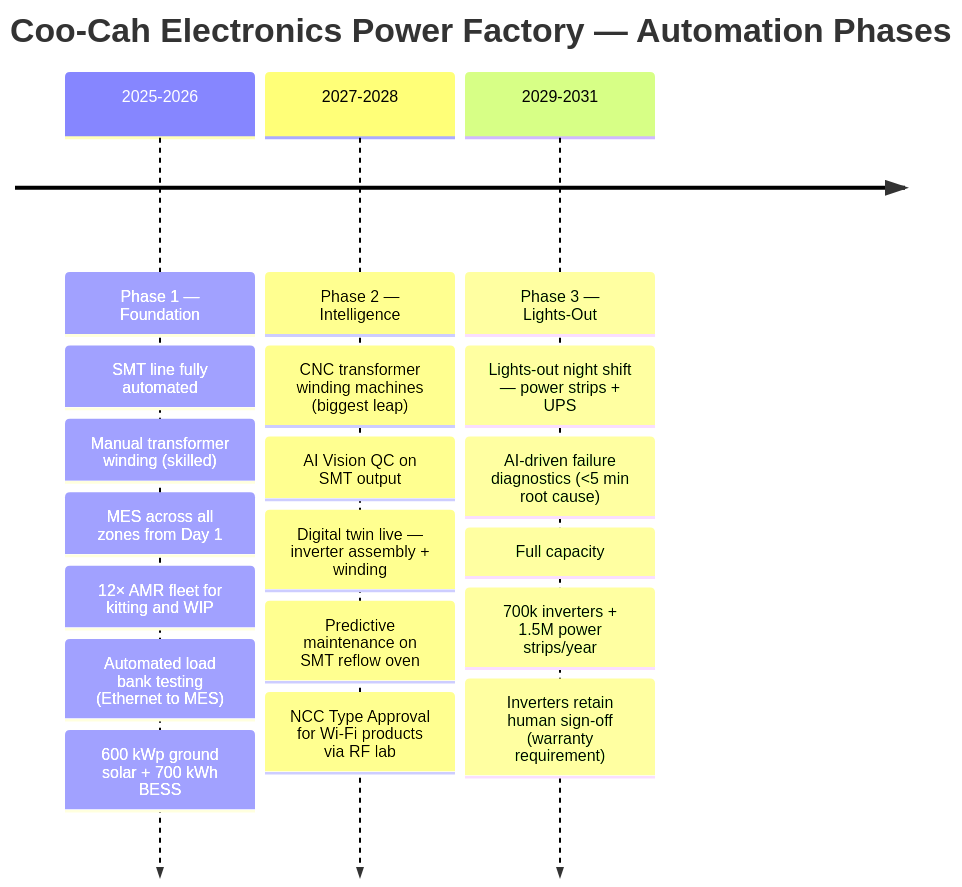
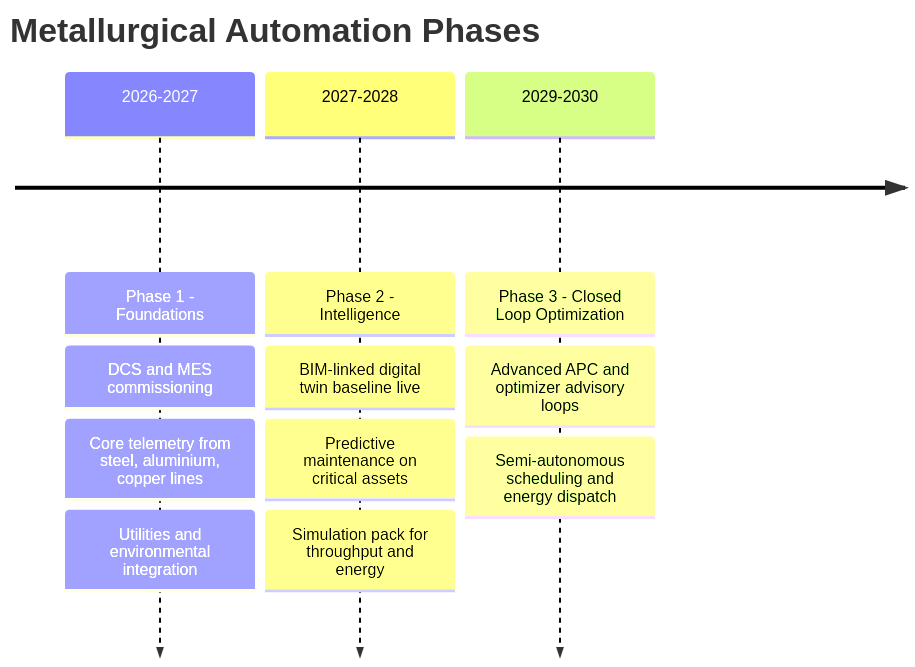
The diagram in docs/automation-roadmap.md (oumar-code/coo-cah-factory-chemicals-metallurgical), drawn with Mermaid before and after one commit. The commit also changed other lines of this file and 9 other files, not shown here.

First line of the commit message:
docs: rebaseline metallurgical docs and add gate3 BIM sensor masters

````diff
--- a/docs/automation-roadmap.md
+++ b/docs/automation-roadmap.md
@@ -21,22 +11,15 @@
 ```mermaid
 timeline
-    title Coo-Cah Electronics Power Factory — Automation Phases
-    2025-2026 : Phase 1 — Foundation
-              : SMT line fully automated
-              : Manual transformer winding (skilled)
-              : MES across all zones from Day 1
-              : 12× AMR fleet for kitting and WIP
-              : Automated load bank testing (Ethernet to MES)
-              : 600 kWp ground solar + 700 kWh BESS
-    2027-2028 : Phase 2 — Intelligence
-              : CNC transformer winding machines (biggest leap)
-              : AI Vision QC on SMT output
-              : Digital twin live — inverter assembly + winding
-              : Predictive maintenance on SMT reflow oven
-              : NCC Type Approval for Wi-Fi products via RF lab
-    2029-2031 : Phase 3 — Lights-Out
-              : Lights-out night shift — power strips + UPS
-              : AI-driven failure diagnostics (<5 min root cause)
-              : Full capacity: 700k inverters + 1.5M power strips/year
-              : Inverters retain human sign-off (warranty requirement)
+  title Metallurgical Automation Phases
+  2026-2027 : Phase 1 - Foundations
+            : DCS and MES commissioning
+            : Core telemetry from steel, aluminium, copper lines
+            : Utilities and environmental integration
+  2027-2028 : Phase 2 - Intelligence
+            : BIM-linked digital twin baseline live
+            : Predictive maintenance on critical assets
+            : Simulation pack for throughput and energy
+  2029-2030 : Phase 3 - Closed Loop Optimization
+            : Advanced APC and optimizer advisory loops
+            : Semi-autonomous scheduling and energy dispatch
 ```
````
